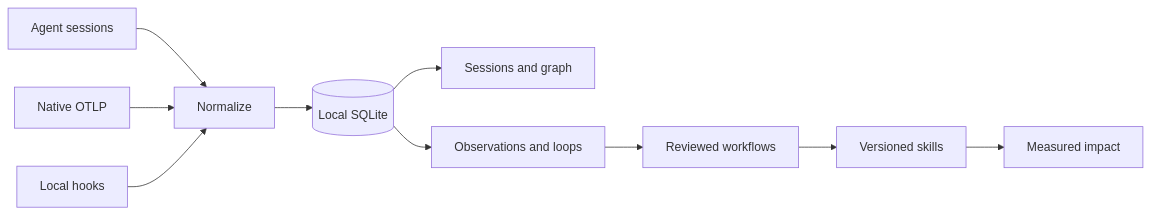
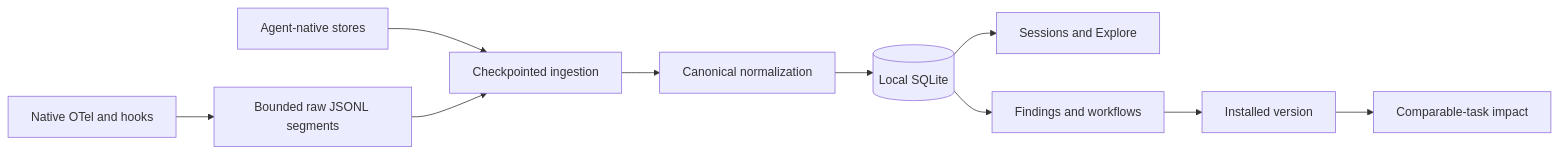
The diagram in README.md (o11y-dev/reflect), drawn with Mermaid before and after one commit. The commit also changed other lines of this file and 196 other files, not shown here.

````diff
--- a/README.md
+++ b/README.md
@@ -158,12 +214,12 @@
 ```mermaid
 flowchart LR
-    A[Agent sessions] --> D[Normalize]
-    B[Native OTLP] --> D
-    C[Local hooks] --> D
-    D --> E[(Local SQLite)]
-    E --> F[Sessions and graph]
-    E --> G[Observations and loops]
-    G --> H[Reviewed workflows]
-    H --> I[Versioned skills]
-    I --> J[Measured impact]
+    A[Native OTel and hooks] --> B[Bounded raw JSONL segments]
+    C[Agent-native stores] --> D[Checkpointed ingestion]
+    B --> D
+    D --> E[Canonical normalization]
+    E --> F[(Local SQLite)]
+    F --> G[Sessions and Explore]
+    F --> H[Findings and workflows]
+    H --> I[Installed version]
+    I --> J[Comparable-task impact]
 ```
````
